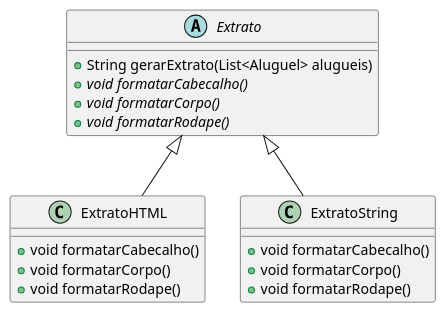
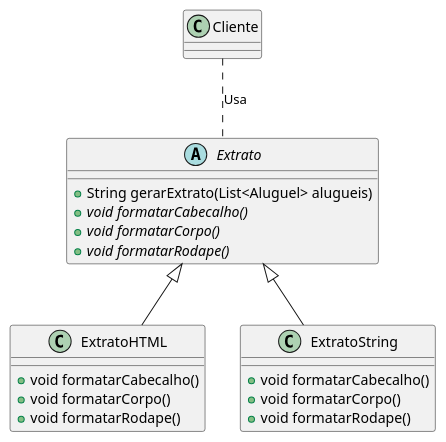
The diagram in docs/locadora.plantuml (yagocdj/Padroes-de-projeto), drawn with PlantUML before and after one commit.

Commit message:
Adicionando a classe cliente

```diff
--- a/docs/locadora.plantuml
+++ b/docs/locadora.plantuml
@@ -1,28 +1,32 @@
 @startuml locadora
 
 abstract class Extrato {
     + String gerarExtrato(List<Aluguel> alugueis)
     + {abstract} void formatarCabecalho()
     + {abstract} void formatarCorpo()
     + {abstract} void formatarRodape()
 
 }
 
 class ExtratoHTML {
     
     + void formatarCabecalho()
     + void formatarCorpo()
     + void formatarRodape()
 }
 
 class ExtratoString {
 
     + void formatarCabecalho()
     + void formatarCorpo()
     + void formatarRodape()
 }
 
+class Cliente { }
+
 class ExtratoHTML extends Extrato
 class ExtratoString extends Extrato
 
+Cliente .. Extrato : Usa
+
 @enduml
```
